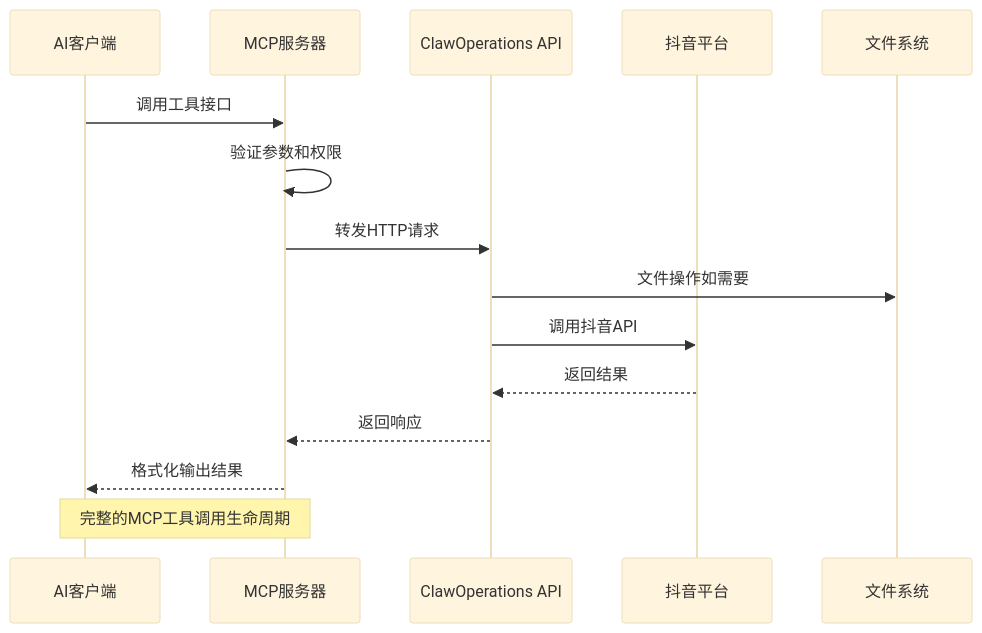
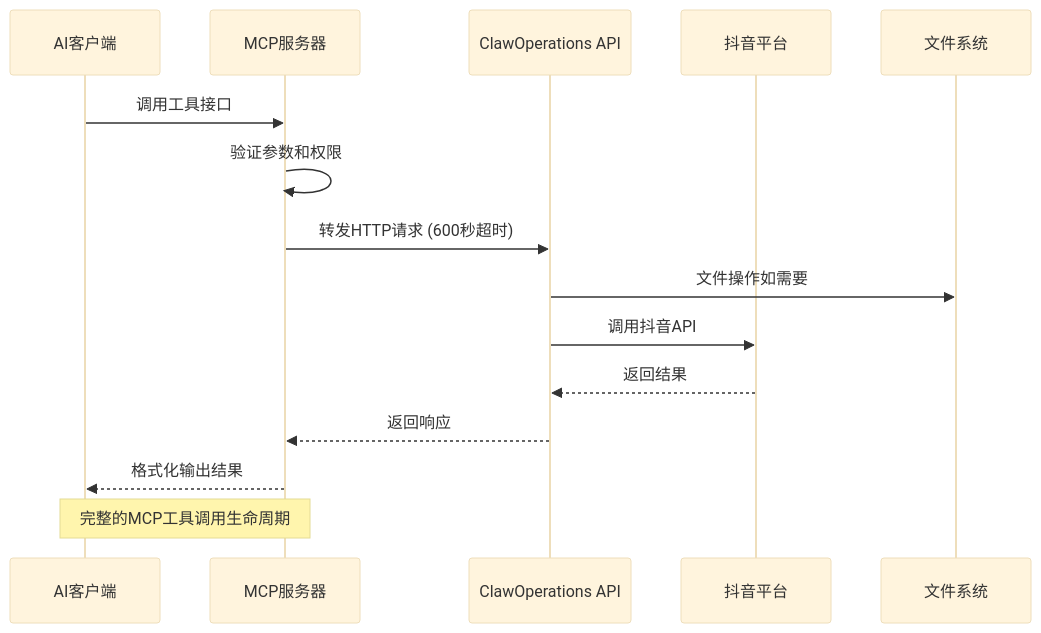
One commit to songdiyang/clawOperations changed the fourth of 17 diagrams in .qoder/repowiki/zh/content/核心模块详解/MCP服务器集成.md. Above: the diagram before and after it, drawn with Mermaid (base theme). The commit also changed other lines of this file and 10 other files, not shown here.

````diff
--- a/.qoder/repowiki/zh/content/核心模块详解/MCP服务器集成.md
+++ b/.qoder/repowiki/zh/content/核心模块详解/MCP服务器集成.md
@@ -224,17 +253,17 @@
 ```mermaid
 sequenceDiagram
 participant AI as AI客户端
 participant MCP as MCP服务器
 participant API as ClawOperations API
 participant DYP as 抖音平台
 participant FS as 文件系统
 AI->>MCP : 调用工具接口
 MCP->>MCP : 验证参数和权限
-MCP->>API : 转发HTTP请求
+MCP->>API : 转发HTTP请求 (600秒超时)
 API->>FS : 文件操作如需要
 API->>DYP : 调用抖音API
 DYP-->>API : 返回结果
 API-->>MCP : 返回响应
 MCP-->>AI : 格式化输出结果
 Note over AI,MCP : 完整的MCP工具调用生命周期
 ```
````
